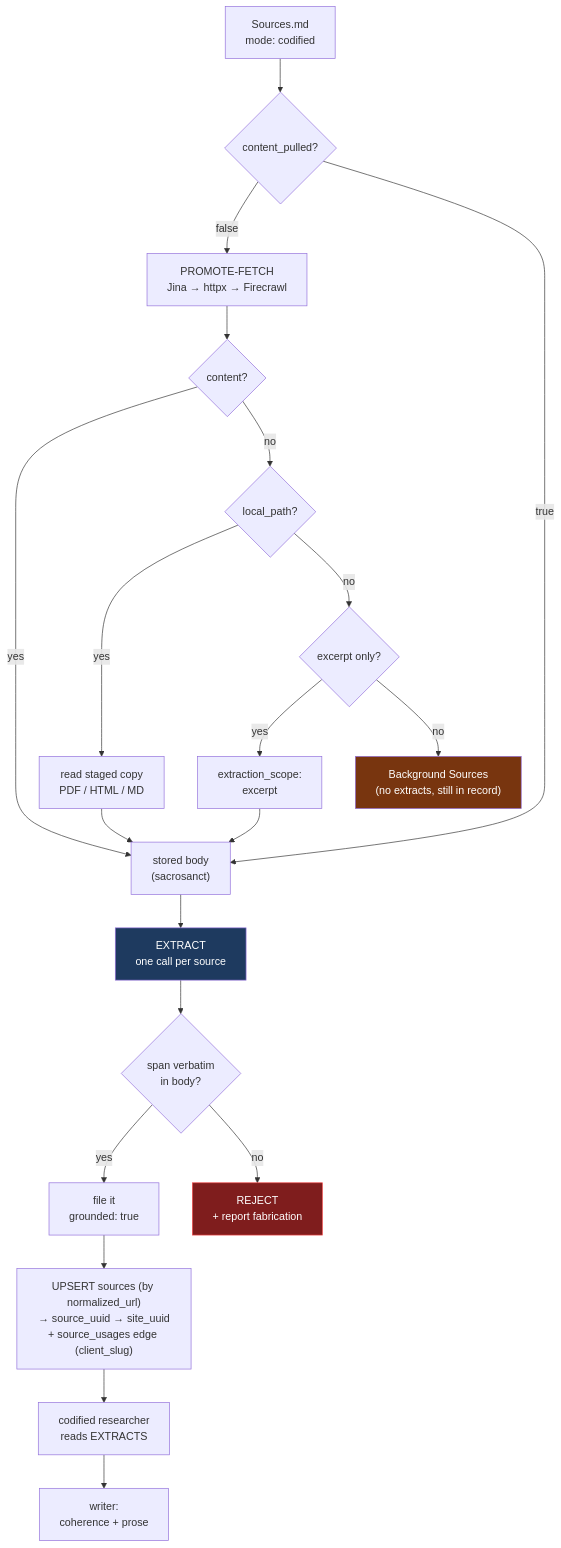
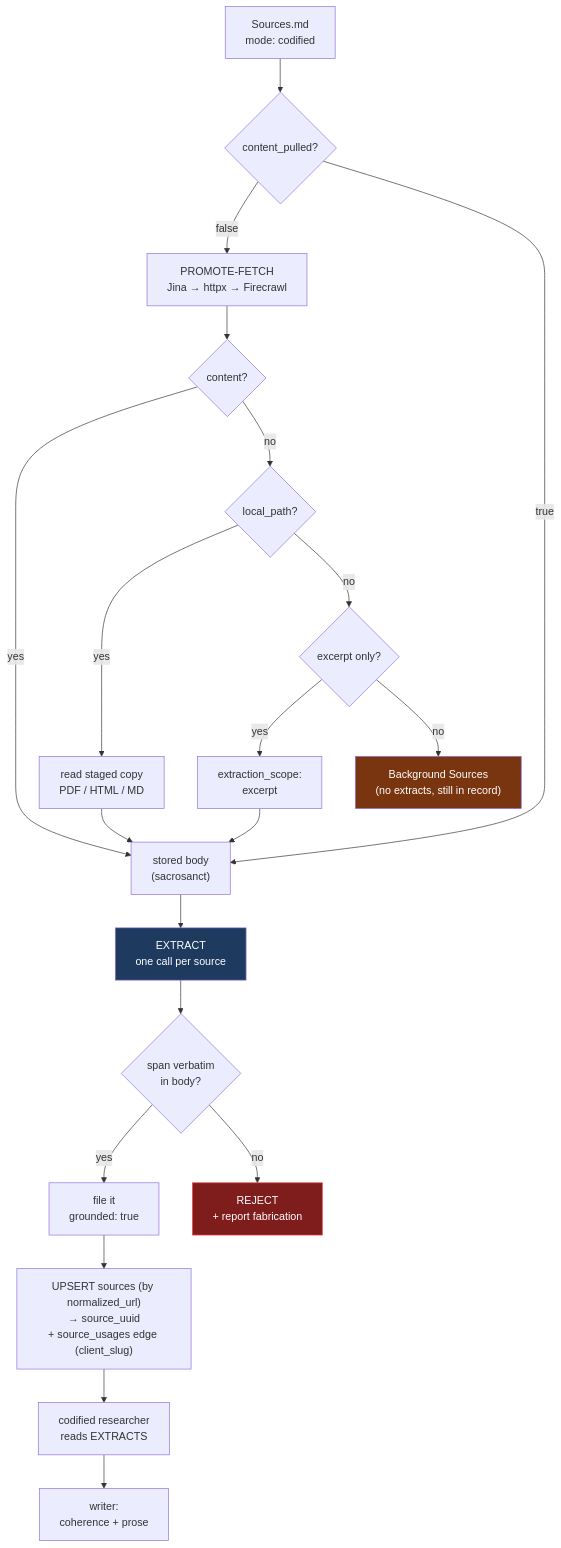
Before and after one commit to lossless-group/memopop-ai: the second of 2 diagrams in context-v/specs/Extract-Sources-Where-Possible-with-Fallback-to-Ground-Content.md, drawn with Mermaid. The commit also changed other lines of this file, not shown here.

First line of the commit message:
doc(context-v): name the registry key `source_uuid`, not `site_uuid`

````diff
--- a/context-v/specs/Extract-Sources-Where-Possible-with-Fallback-to-Ground-Content.md
+++ b/context-v/specs/Extract-Sources-Where-Possible-with-Fallback-to-Ground-Content.md
@@ -134,25 +134,25 @@
 ```mermaid
 flowchart TD
     S["Sources.md<br/>mode: codified"] --> P{"content_pulled?"}
     P -- "false" --> F["PROMOTE-FETCH<br/>Jina → httpx → Firecrawl"]
     P -- "true" --> X["stored body<br/>(sacrosanct)"]
     F --> OK{"content?"}
     OK -- "yes" --> X
     OK -- "no" --> L{"local_path?"}
     L -- "yes" --> LF["read staged copy<br/>PDF / HTML / MD"] --> X
     L -- "no" --> EX{"excerpt only?"}
     EX -- "yes" --> SC["extraction_scope:<br/>excerpt"] --> X
     EX -- "no" --> BG["Background Sources<br/>(no extracts, still in record)"]
 
     X --> E["EXTRACT<br/>one call per source"]
     E --> V{"span verbatim<br/>in body?"}
     V -- "yes" --> G["file it<br/>grounded: true"]
     V -- "no" --> R["REJECT<br/>+ report fabrication"]
-    G --> DB["UPSERT sources (by normalized_url)<br/>→ source_uuid → site_uuid<br/>+ source_usages edge (client_slug)"]
+    G --> DB["UPSERT sources (by normalized_url)<br/>→ source_uuid<br/>+ source_usages edge (client_slug)"]
     DB --> RS["codified researcher<br/>reads EXTRACTS"]
     RS --> W["writer:<br/>coherence + prose"]
 
     style R fill:#7f1d1d,stroke:#ef4444,color:#fff
     style E fill:#1e3a5f,color:#fff
     style BG fill:#78350f,color:#fff
 ```
````
